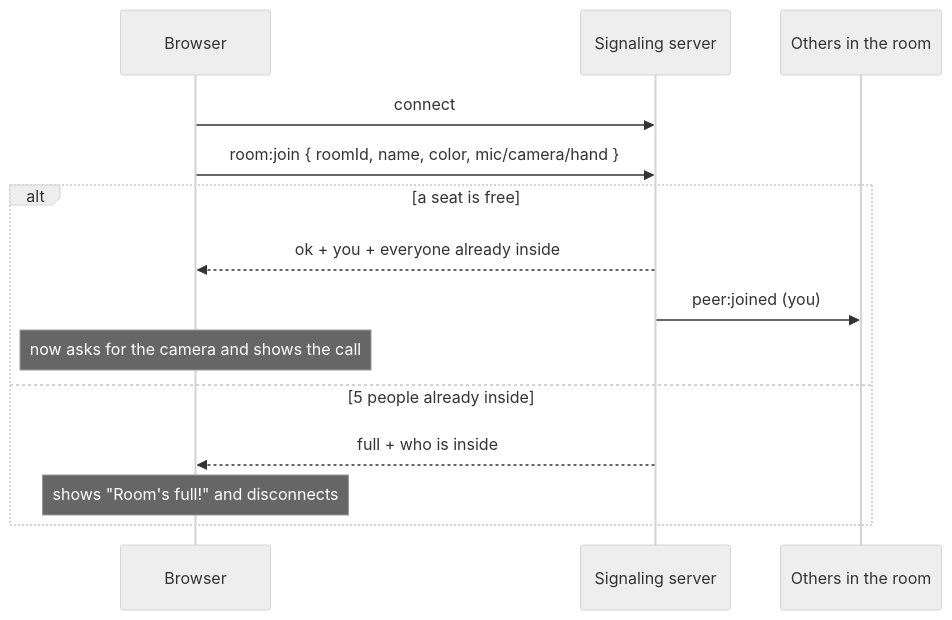
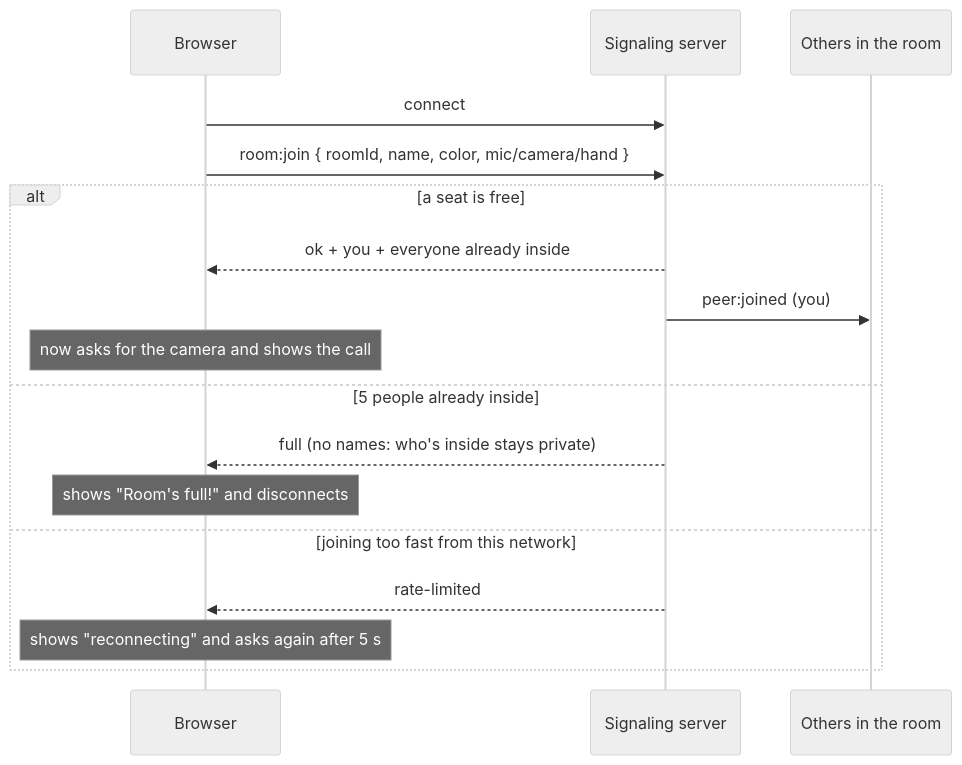
The fifth of 13 diagrams in docs/ARCHITECTURE.md (mr-dev-prince/vidbase), drawn with Mermaid (neutral theme) before and after one commit. The commit also changed other lines of this file and 32 other files, not shown here.

````diff
--- a/docs/ARCHITECTURE.md
+++ b/docs/ARCHITECTURE.md
@@ -109,16 +110,19 @@
 ```mermaid
 sequenceDiagram
   participant B as Browser
   participant S as Signaling server
   participant O as Others in the room
   B->>S: connect
   B->>S: room:join { roomId, name, color, mic/camera/hand }
   alt a seat is free
     S-->>B: ok + you + everyone already inside
     S->>O: peer:joined (you)
     Note over B: now asks for the camera and shows the call
   else 5 people already inside
-    S-->>B: full + who is inside
+    S-->>B: full (no names: who's inside stays private)
     Note over B: shows "Room's full!" and disconnects
+  else joining too fast from this network
+    S-->>B: rate-limited
+    Note over B: shows "reconnecting" and asks again after 5 s
   end
 ```
````
